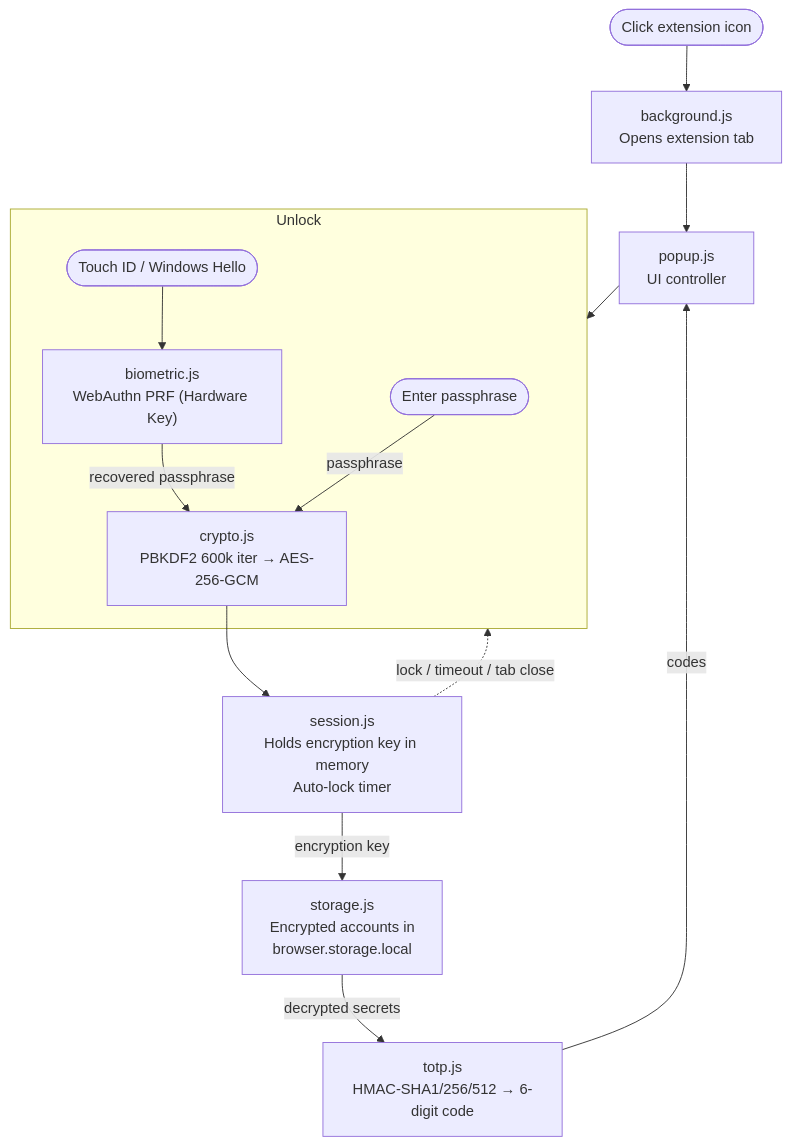
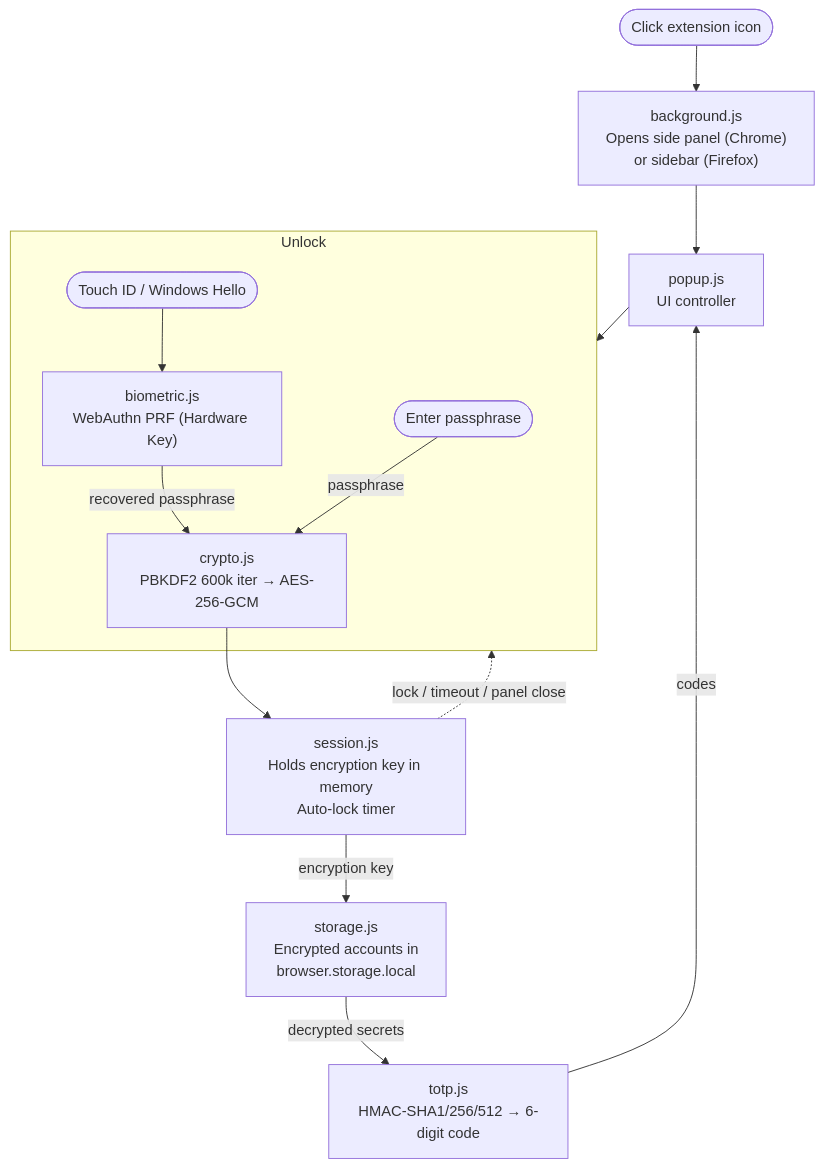
Before and after one commit to ulyngs/redd-phone-free-2fa: the diagram in README.md, drawn with Mermaid. The commit also changed other lines of this file and 2 other files, not shown here.

````diff
--- a/README.md
+++ b/README.md
@@ -69,18 +69,18 @@
 ```mermaid
 flowchart TD
-    click(["Click extension icon"]) --> background.js["background.js<br>Opens extension tab"]
+    click(["Click extension icon"]) --> background.js["background.js<br>Opens side panel (Chrome)<br>or sidebar (Firefox)"]
     background.js --> popup.js["popup.js<br>UI controller"]
     popup.js --> Unlock
 
     subgraph Unlock
         passphrase(["Enter passphrase"]) --> |"passphrase"| crypto.js["crypto.js<br>PBKDF2 600k iter → AES-256-GCM"]
         touchid(["Touch ID / Windows Hello"]) --> biometric.js["biometric.js<br>WebAuthn PRF (Hardware Key)"] --> |"recovered passphrase"| crypto.js
     end
 
     crypto.js --> session.js["session.js<br>Holds encryption key in memory<br>Auto-lock timer"]
     session.js --> |"encryption key"| storage.js["storage.js<br>Encrypted accounts in<br>browser.storage.local"]
     storage.js --> |"decrypted secrets"| totp.js["totp.js<br>HMAC-SHA1/256/512 → 6-digit code"]
     totp.js --> |"codes"| popup.js
 
-    session.js -. "lock / timeout / tab close" .-> Unlock
+    session.js -. "lock / timeout / panel close" .-> Unlock
 ```
````
